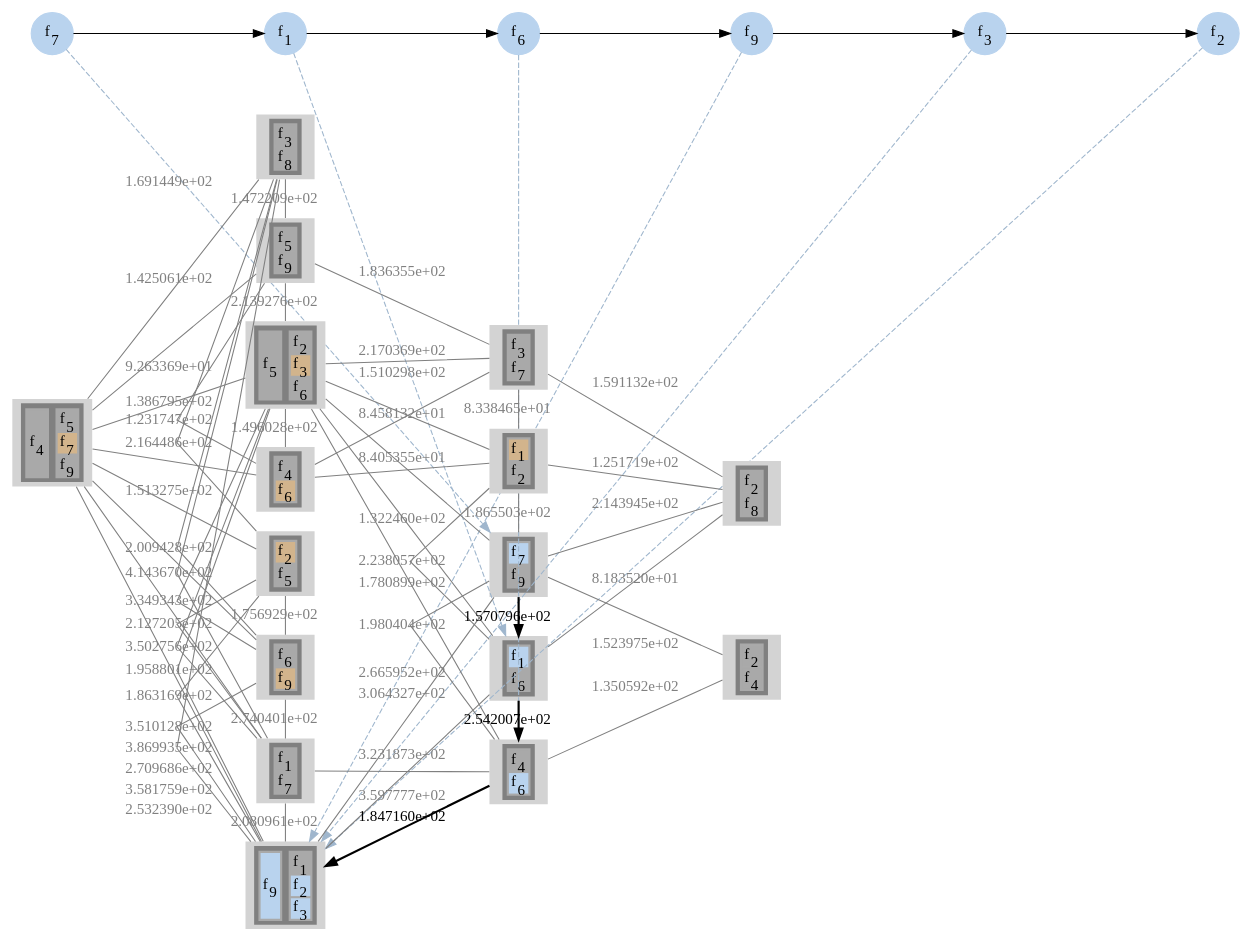
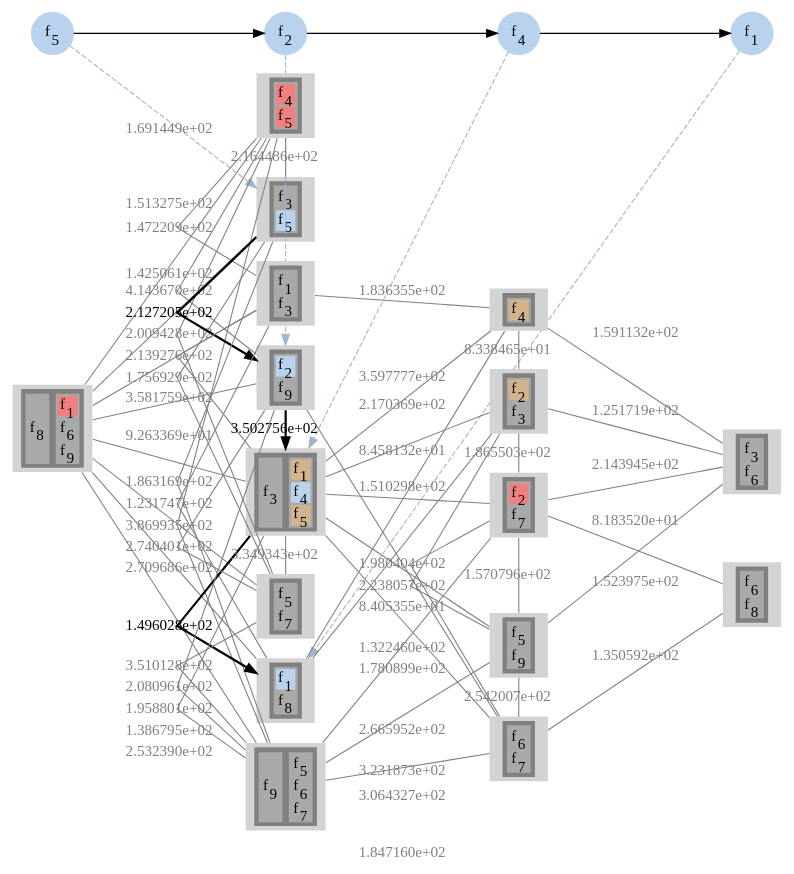
The diagram in output/newyork_16_49/gv/sfcAssgn6.gv (prateekshyap/SFC_Placement_in_VNF), drawn with Graphviz before and after one commit. The commit also changed 15 other files, not shown here.

```diff
--- a/output/newyork_16_49/gv/sfcAssgn6.gv
+++ b/output/newyork_16_49/gv/sfcAssgn6.gv
@@ -5,23 +5,17 @@
 subgraph sfc
 {
 node [shape=circle]
-{rank = same; f7; };
+{rank = same; f5; };
+{rank = same; f2; };
+{rank = same; f4; };
 {rank = same; f1; };
-{rank = same; f6; };
-{rank = same; f9; };
-{rank = same; f3; };
-{rank = same; f2; };
-f7[style=filled label=<f<SUB>7</SUB>> color="slategray2"]
+f5[style=filled label=<f<SUB>5</SUB>> color="slategray2"]
+f2[style=filled label=<f<SUB>2</SUB>> color="slategray2"]
+f4[style=filled label=<f<SUB>4</SUB>> color="slategray2"]
 f1[style=filled label=<f<SUB>1</SUB>> color="slategray2"]
-f6[style=filled label=<f<SUB>6</SUB>> color="slategray2"]
-f9[style=filled label=<f<SUB>9</SUB>> color="slategray2"]
-f3[style=filled label=<f<SUB>3</SUB>> color="slategray2"]
-f2[style=filled label=<f<SUB>2</SUB>> color="slategray2"]
-f7 -> f1
-f1 -> f6
-f6 -> f9
-f9 -> f3
-f3 -> f2
+f5 -> f2
+f2 -> f4
+f4 -> f1
 }
 subgraph network
 {
@@ -30,66 +24,149 @@
 {rank = same; 2; 5; 6; 7; 8; 12; 13; 15; };
 {rank = same; 3; 4; 9; 10; 14; };
 {rank = same; 11; 16; };
-9[style=filled
+5[style=filled
 label=<
 <TABLE BORDER="0" BGCOLOR="gray">
 <TR>
 <TD>
 <TABLE BORDER="0" BGCOLOR="darkgray">
-<TR><TD PORT="f31" BGCOLOR="slategray2">f<SUB>7</SUB></TD></TR>
+<TR><TD PORT="f11" BGCOLOR="darkgray">f<SUB>3</SUB></TD></TR>
+<TR><TD PORT="f20" BGCOLOR="slategray2">f<SUB>5</SUB></TD></TR>
+</TABLE>
+</TD>
+</TR>
+</TABLE>>]
+
+13[style=filled
+label=<
+<TABLE BORDER="0" BGCOLOR="gray">
+<TR>
+<TD>
+<TABLE BORDER="0" BGCOLOR="darkgray">
+<TR><TD PORT="f7" BGCOLOR="slategray2">f<SUB>2</SUB></TD></TR>
+<TR><TD PORT="f37" BGCOLOR="darkgray">f<SUB>9</SUB></TD></TR>
+</TABLE>
+</TD>
+</TR>
+</TABLE>>]
+
+13[style=filled
+label=<
+<TABLE BORDER="0" BGCOLOR="gray">
+<TR>
+<TD>
+<TABLE BORDER="0" BGCOLOR="darkgray">
+<TR><TD PORT="f7" BGCOLOR="slategray2">f<SUB>2</SUB></TD></TR>
+<TR><TD PORT="f37" BGCOLOR="darkgray">f<SUB>9</SUB></TD></TR>
+</TABLE>
+</TD>
+</TR>
+</TABLE>>]
+
+7[style=filled
+label=<
+<TABLE BORDER="0" BGCOLOR="gray">
+<TR>
+<TD>
+<TABLE BORDER="0" BGCOLOR="darkgray">
+<TR><TD PORT="f8" BGCOLOR="darkgray">f<SUB>3</SUB></TD></TR>
+</TABLE>
+</TD>
+<TD>
+<TABLE BORDER="0" BGCOLOR="darkgray">
+<TR><TD PORT="f1" BGCOLOR="tan">f<SUB>1</SUB></TD></TR>
+<TR><TD PORT="f13" BGCOLOR="slategray2">f<SUB>4</SUB></TD></TR>
+<TR><TD PORT="f17" BGCOLOR="tan">f<SUB>5</SUB></TD></TR>
+</TABLE>
+</TD>
+</TR>
+</TABLE>>]
+
+7[style=filled
+label=<
+<TABLE BORDER="0" BGCOLOR="gray">
+<TR>
+<TD>
+<TABLE BORDER="0" BGCOLOR="darkgray">
+<TR><TD PORT="f8" BGCOLOR="darkgray">f<SUB>3</SUB></TD></TR>
+</TABLE>
+</TD>
+<TD>
+<TABLE BORDER="0" BGCOLOR="darkgray">
+<TR><TD PORT="f1" BGCOLOR="tan">f<SUB>1</SUB></TD></TR>
+<TR><TD PORT="f13" BGCOLOR="slategray2">f<SUB>4</SUB></TD></TR>
+<TR><TD PORT="f17" BGCOLOR="tan">f<SUB>5</SUB></TD></TR>
+</TABLE>
+</TD>
+</TR>
+</TABLE>>]
+
+8[style=filled
+label=<
+<TABLE BORDER="0" BGCOLOR="gray">
+<TR>
+<TD>
+<TABLE BORDER="0" BGCOLOR="darkgray">
+<TR><TD PORT="f3" BGCOLOR="slategray2">f<SUB>1</SUB></TD></TR>
+<TR><TD PORT="f34" BGCOLOR="darkgray">f<SUB>8</SUB></TD></TR>
+</TABLE>
+</TD>
+</TR>
+</TABLE>>]
+
+1[style=filled
+label=<
+<TABLE BORDER="0" BGCOLOR="gray">
+<TR>
+<TD>
+<TABLE BORDER="0" BGCOLOR="darkgray">
+<TR><TD PORT="f32" BGCOLOR="darkgray">f<SUB>8</SUB></TD></TR>
+</TABLE>
+</TD>
+<TD>
+<TABLE BORDER="0" BGCOLOR="darkgray">
+<TR><TD PORT="f2" BGCOLOR="lightcoral">f<SUB>1</SUB></TD></TR>
+<TR><TD PORT="f26" BGCOLOR="darkgray">f<SUB>6</SUB></TD></TR>
 <TR><TD PORT="f36" BGCOLOR="darkgray">f<SUB>9</SUB></TD></TR>
 </TABLE>
 </TD>
 </TR>
 </TABLE>>]
 
-10[style=filled
+2[style=filled
 label=<
 <TABLE BORDER="0" BGCOLOR="gray">
 <TR>
 <TD>
 <TABLE BORDER="0" BGCOLOR="darkgray">
-<TR><TD PORT="f2" BGCOLOR="slategray2">f<SUB>1</SUB></TD></TR>
-<TR><TD PORT="f25" BGCOLOR="darkgray">f<SUB>6</SUB></TD></TR>
+<TR><TD PORT="f14" BGCOLOR="lightcoral">f<SUB>4</SUB></TD></TR>
+<TR><TD PORT="f19" BGCOLOR="lightcoral">f<SUB>5</SUB></TD></TR>
 </TABLE>
 </TD>
 </TR>
 </TABLE>>]
 
-10[style=filled
+6[style=filled
 label=<
 <TABLE BORDER="0" BGCOLOR="gray">
 <TR>
 <TD>
 <TABLE BORDER="0" BGCOLOR="darkgray">
-<TR><TD PORT="f2" BGCOLOR="slategray2">f<SUB>1</SUB></TD></TR>
-<TR><TD PORT="f25" BGCOLOR="darkgray">f<SUB>6</SUB></TD></TR>
+<TR><TD PORT="f4" BGCOLOR="darkgray">f<SUB>1</SUB></TD></TR>
+<TR><TD PORT="f12" BGCOLOR="darkgray">f<SUB>3</SUB></TD></TR>
 </TABLE>
 </TD>
 </TR>
 </TABLE>>]
 
-14[style=filled
+12[style=filled
 label=<
 <TABLE BORDER="0" BGCOLOR="gray">
 <TR>
 <TD>
 <TABLE BORDER="0" BGCOLOR="darkgray">
-<TR><TD PORT="f16" BGCOLOR="darkgray">f<SUB>4</SUB></TD></TR>
-<TR><TD PORT="f26" BGCOLOR="slategray2">f<SUB>6</SUB></TD></TR>
-</TABLE>
-</TD>
-</TR>
-</TABLE>>]
-
-14[style=filled
-label=<
-<TABLE BORDER="0" BGCOLOR="gray">
-<TR>
-<TD>
-<TABLE BORDER="0" BGCOLOR="darkgray">
-<TR><TD PORT="f16" BGCOLOR="darkgray">f<SUB>4</SUB></TD></TR>
-<TR><TD PORT="f26" BGCOLOR="slategray2">f<SUB>6</SUB></TD></TR>
+<TR><TD PORT="f22" BGCOLOR="darkgray">f<SUB>5</SUB></TD></TR>
+<TR><TD PORT="f31" BGCOLOR="darkgray">f<SUB>7</SUB></TD></TR>
 </TABLE>
 </TD>
 </TR>
@@ -101,167 +178,13 @@
 <TR>
 <TD>
 <TABLE BORDER="0" BGCOLOR="darkgray">
-<TR><TD PORT="f34" BGCOLOR="slategray2">f<SUB>9</SUB></TD></TR>
+<TR><TD PORT="f35" BGCOLOR="darkgray">f<SUB>9</SUB></TD></TR>
 </TABLE>
 </TD>
 <TD>
 <TABLE BORDER="0" BGCOLOR="darkgray">
-<TR><TD PORT="f4" BGCOLOR="darkgray">f<SUB>1</SUB></TD></TR>
-<TR><TD PORT="f7" BGCOLOR="slategray2">f<SUB>2</SUB></TD></TR>
-<TR><TD PORT="f14" BGCOLOR="slategray2">f<SUB>3</SUB></TD></TR>
-</TABLE>
-</TD>
-</TR>
-</TABLE>>]
-
-15[style=filled
-label=<
-<TABLE BORDER="0" BGCOLOR="gray">
-<TR>
-<TD>
-<TABLE BORDER="0" BGCOLOR="darkgray">
-<TR><TD PORT="f34" BGCOLOR="slategray2">f<SUB>9</SUB></TD></TR>
-</TABLE>
-</TD>
-<TD>
-<TABLE BORDER="0" BGCOLOR="darkgray">
-<TR><TD PORT="f4" BGCOLOR="darkgray">f<SUB>1</SUB></TD></TR>
-<TR><TD PORT="f7" BGCOLOR="slategray2">f<SUB>2</SUB></TD></TR>
-<TR><TD PORT="f14" BGCOLOR="slategray2">f<SUB>3</SUB></TD></TR>
-</TABLE>
-</TD>
-</TR>
-</TABLE>>]
-
-15[style=filled
-label=<
-<TABLE BORDER="0" BGCOLOR="gray">
-<TR>
-<TD>
-<TABLE BORDER="0" BGCOLOR="darkgray">
-<TR><TD PORT="f34" BGCOLOR="slategray2">f<SUB>9</SUB></TD></TR>
-</TABLE>
-</TD>
-<TD>
-<TABLE BORDER="0" BGCOLOR="darkgray">
-<TR><TD PORT="f4" BGCOLOR="darkgray">f<SUB>1</SUB></TD></TR>
-<TR><TD PORT="f7" BGCOLOR="slategray2">f<SUB>2</SUB></TD></TR>
-<TR><TD PORT="f14" BGCOLOR="slategray2">f<SUB>3</SUB></TD></TR>
-</TABLE>
-</TD>
-</TR>
-</TABLE>>]
-
-1[style=filled
-label=<
-<TABLE BORDER="0" BGCOLOR="gray">
-<TR>
-<TD>
-<TABLE BORDER="0" BGCOLOR="darkgray">
-<TR><TD PORT="f17" BGCOLOR="darkgray">f<SUB>4</SUB></TD></TR>
-</TABLE>
-</TD>
-<TD>
-<TABLE BORDER="0" BGCOLOR="darkgray">
-<TR><TD PORT="f22" BGCOLOR="darkgray">f<SUB>5</SUB></TD></TR>
-<TR><TD PORT="f30" BGCOLOR="tan">f<SUB>7</SUB></TD></TR>
-<TR><TD PORT="f35" BGCOLOR="darkgray">f<SUB>9</SUB></TD></TR>
-</TABLE>
-</TD>
-</TR>
-</TABLE>>]
-
-2[style=filled
-label=<
-<TABLE BORDER="0" BGCOLOR="gray">
-<TR>
-<TD>
-<TABLE BORDER="0" BGCOLOR="darkgray">
-<TR><TD PORT="f13" BGCOLOR="darkgray">f<SUB>3</SUB></TD></TR>
-<TR><TD PORT="f32" BGCOLOR="darkgray">f<SUB>8</SUB></TD></TR>
-</TABLE>
-</TD>
-</TR>
-</TABLE>>]
-
-5[style=filled
-label=<
-<TABLE BORDER="0" BGCOLOR="gray">
-<TR>
-<TD>
-<TABLE BORDER="0" BGCOLOR="darkgray">
-<TR><TD PORT="f8" BGCOLOR="tan">f<SUB>2</SUB></TD></TR>
-<TR><TD PORT="f21" BGCOLOR="darkgray">f<SUB>5</SUB></TD></TR>
-</TABLE>
-</TD>
-</TR>
-</TABLE>>]
-
-6[style=filled
-label=<
-<TABLE BORDER="0" BGCOLOR="gray">
-<TR>
-<TD>
-<TABLE BORDER="0" BGCOLOR="darkgray">
-<TR><TD PORT="f20" BGCOLOR="darkgray">f<SUB>5</SUB></TD></TR>
-<TR><TD PORT="f38" BGCOLOR="darkgray">f<SUB>9</SUB></TD></TR>
-</TABLE>
-</TD>
-</TR>
-</TABLE>>]
-
-7[style=filled
-label=<
-<TABLE BORDER="0" BGCOLOR="gray">
-<TR>
-<TD>
-<TABLE BORDER="0" BGCOLOR="darkgray">
-<TR><TD PORT="f19" BGCOLOR="darkgray">f<SUB>5</SUB></TD></TR>
-</TABLE>
-</TD>
-<TD>
-<TABLE BORDER="0" BGCOLOR="darkgray">
-<TR><TD PORT="f9" BGCOLOR="darkgray">f<SUB>2</SUB></TD></TR>
-<TR><TD PORT="f12" BGCOLOR="tan">f<SUB>3</SUB></TD></TR>
-<TR><TD PORT="f24" BGCOLOR="darkgray">f<SUB>6</SUB></TD></TR>
-</TABLE>
-</TD>
-</TR>
-</TABLE>>]
-
-8[style=filled
-label=<
-<TABLE BORDER="0" BGCOLOR="gray">
-<TR>
-<TD>
-<TABLE BORDER="0" BGCOLOR="darkgray">
-<TR><TD PORT="f15" BGCOLOR="darkgray">f<SUB>4</SUB></TD></TR>
-<TR><TD PORT="f23" BGCOLOR="tan">f<SUB>6</SUB></TD></TR>
-</TABLE>
-</TD>
-</TR>
-</TABLE>>]
-
-12[style=filled
-label=<
-<TABLE BORDER="0" BGCOLOR="gray">
-<TR>
-<TD>
-<TABLE BORDER="0" BGCOLOR="darkgray">
-<TR><TD PORT="f27" BGCOLOR="darkgray">f<SUB>6</SUB></TD></TR>
-<TR><TD PORT="f37" BGCOLOR="tan">f<SUB>9</SUB></TD></TR>
-</TABLE>
-</TD>
-</TR>
-</TABLE>>]
-
-13[style=filled
-label=<
-<TABLE BORDER="0" BGCOLOR="gray">
-<TR>
-<TD>
-<TABLE BORDER="0" BGCOLOR="darkgray">
-<TR><TD PORT="f3" BGCOLOR="darkgray">f<SUB>1</SUB></TD></TR>
+<TR><TD PORT="f18" BGCOLOR="darkgray">f<SUB>5</SUB></TD></TR>
+<TR><TD PORT="f23" BGCOLOR="darkgray">f<SUB>6</SUB></TD></TR>
 <TR><TD PORT="f29" BGCOLOR="darkgray">f<SUB>7</SUB></TD></TR>
 </TABLE>
 </TD>
@@ -274,8 +197,7 @@
 <TR>
 <TD>
 <TABLE BORDER="0" BGCOLOR="darkgray">
-<TR><TD PORT="f11" BGCOLOR="darkgray">f<SUB>3</SUB></TD></TR>
-<TR><TD PORT="f28" BGCOLOR="darkgray">f<SUB>7</SUB></TD></TR>
+<TR><TD PORT="f15" BGCOLOR="tan">f<SUB>4</SUB></TD></TR>
 </TABLE>
 </TD>
 </TR>
@@ -287,8 +209,8 @@
 <TR>
 <TD>
 <TABLE BORDER="0" BGCOLOR="darkgray">
-<TR><TD PORT="f1" BGCOLOR="tan">f<SUB>1</SUB></TD></TR>
-<TR><TD PORT="f5" BGCOLOR="darkgray">f<SUB>2</SUB></TD></TR>
+<TR><TD PORT="f6" BGCOLOR="tan">f<SUB>2</SUB></TD></TR>
+<TR><TD PORT="f10" BGCOLOR="darkgray">f<SUB>3</SUB></TD></TR>
 </TABLE>
 </TD>
 </TR>
@@ -300,8 +222,47 @@
 <TR>
 <TD>
 <TABLE BORDER="0" BGCOLOR="darkgray">
-<TR><TD PORT="f10" BGCOLOR="darkgray">f<SUB>2</SUB></TD></TR>
-<TR><TD PORT="f33" BGCOLOR="darkgray">f<SUB>8</SUB></TD></TR>
+<TR><TD PORT="f9" BGCOLOR="darkgray">f<SUB>3</SUB></TD></TR>
+<TR><TD PORT="f24" BGCOLOR="darkgray">f<SUB>6</SUB></TD></TR>
+</TABLE>
+</TD>
+</TR>
+</TABLE>>]
+
+9[style=filled
+label=<
+<TABLE BORDER="0" BGCOLOR="gray">
+<TR>
+<TD>
+<TABLE BORDER="0" BGCOLOR="darkgray">
+<TR><TD PORT="f5" BGCOLOR="lightcoral">f<SUB>2</SUB></TD></TR>
+<TR><TD PORT="f28" BGCOLOR="darkgray">f<SUB>7</SUB></TD></TR>
+</TABLE>
+</TD>
+</TR>
+</TABLE>>]
+
+10[style=filled
+label=<
+<TABLE BORDER="0" BGCOLOR="gray">
+<TR>
+<TD>
+<TABLE BORDER="0" BGCOLOR="darkgray">
+<TR><TD PORT="f21" BGCOLOR="darkgray">f<SUB>5</SUB></TD></TR>
+<TR><TD PORT="f38" BGCOLOR="darkgray">f<SUB>9</SUB></TD></TR>
+</TABLE>
+</TD>
+</TR>
+</TABLE>>]
+
+14[style=filled
+label=<
+<TABLE BORDER="0" BGCOLOR="gray">
+<TR>
+<TD>
+<TABLE BORDER="0" BGCOLOR="darkgray">
+<TR><TD PORT="f27" BGCOLOR="darkgray">f<SUB>6</SUB></TD></TR>
+<TR><TD PORT="f30" BGCOLOR="darkgray">f<SUB>7</SUB></TD></TR>
 </TABLE>
 </TD>
 </TR>
@@ -313,16 +274,16 @@
 <TR>
 <TD>
 <TABLE BORDER="0" BGCOLOR="darkgray">
-<TR><TD PORT="f6" BGCOLOR="darkgray">f<SUB>2</SUB></TD></TR>
-<TR><TD PORT="f18" BGCOLOR="darkgray">f<SUB>4</SUB></TD></TR>
+<TR><TD PORT="f25" BGCOLOR="darkgray">f<SUB>6</SUB></TD></TR>
+<TR><TD PORT="f33" BGCOLOR="darkgray">f<SUB>8</SUB></TD></TR>
 </TABLE>
 </TD>
 </TR>
 </TABLE>>]
 
-9 -> 10[label="1.570796e+02" color="black" penwidth=2]
-10 -> 14[label="2.542007e+02" color="black" penwidth=2]
-14 -> 15[label="1.847160e+02" color="black" penwidth=2]
+5 -> 13[label="2.127205e+02" color="black" penwidth=2]
+13 -> 7[label="3.502756e+02" color="black" penwidth=2]
+7 -> 8[label="1.496028e+02" color="black" penwidth=2]
 1 -> 2[label="1.691449e+02" color="gray" fontcolor="gray" dir = none]
 1 -> 5[label="1.513275e+02" color="gray" fontcolor="gray" dir = none]
 1 -> 6[label="1.425061e+02" color="gray" fontcolor="gray" dir = none]
@@ -347,34 +308,32 @@
 4 -> 10[label="2.238057e+02" color="gray" fontcolor="gray" dir = none]
 4 -> 11[label="1.251719e+02" color="gray" fontcolor="gray" dir = none]
 5 -> 12[label="1.756929e+02" color="gray" fontcolor="gray" dir = none]
-5 -> 13[label="2.127205e+02" color="gray" fontcolor="gray" dir = none]
 5 -> 15[label="1.863169e+02" color="gray" fontcolor="gray" dir = none]
 6 -> 7[label="2.139276e+02" color="gray" fontcolor="gray" dir = none]
 6 -> 8[label="1.231747e+02" color="gray" fontcolor="gray" dir = none]
-7 -> 8[label="1.496028e+02" color="gray" fontcolor="gray" dir = none]
 7 -> 9[label="1.322460e+02" color="gray" fontcolor="gray" dir = none]
 7 -> 10[label="2.665952e+02" color="gray" fontcolor="gray" dir = none]
 7 -> 12[label="3.349343e+02" color="gray" fontcolor="gray" dir = none]
-7 -> 13[label="3.502756e+02" color="gray" fontcolor="gray" dir = none]
 7 -> 14[label="3.064327e+02" color="gray" fontcolor="gray" dir = none]
 7 -> 15[label="1.958801e+02" color="gray" fontcolor="gray" dir = none]
+9 -> 10[label="1.570796e+02" color="gray" fontcolor="gray" dir = none]
 9 -> 11[label="2.143945e+02" color="gray" fontcolor="gray" dir = none]
 9 -> 14[label="1.980404e+02" color="gray" fontcolor="gray" dir = none]
 9 -> 15[label="1.780899e+02" color="gray" fontcolor="gray" dir = none]
 9 -> 16[label="8.183520e+01" color="gray" fontcolor="gray" dir = none]
 10 -> 11[label="1.523975e+02" color="gray" fontcolor="gray" dir = none]
+10 -> 14[label="2.542007e+02" color="gray" fontcolor="gray" dir = none]
 10 -> 15[label="3.231873e+02" color="gray" fontcolor="gray" dir = none]
 12 -> 13[label="2.740401e+02" color="gray" fontcolor="gray" dir = none]
 12 -> 15[label="3.510128e+02" color="gray" fontcolor="gray" dir = none]
 13 -> 14[label="3.597777e+02" color="gray" fontcolor="gray" dir = none]
 13 -> 15[label="2.080961e+02" color="gray" fontcolor="gray" dir = none]
+14 -> 15[label="1.847160e+02" color="gray" fontcolor="gray" dir = none]
 14 -> 16[label="1.350592e+02" color="gray" fontcolor="gray" dir = none]
 }
 splines=false
-f7 -> 9[color="slategray3" style=dashed constraint=false]
-f1 -> 10[color="slategray3" style=dashed constraint=false]
-f6 -> 14[color="slategray3" style=dashed constraint=false]
-f9 -> 15[color="slategray3" style=dashed constraint=false]
-f3 -> 15[color="slategray3" style=dashed constraint=false]
-f2 -> 15[color="slategray3" style=dashed constraint=false]
+f5 -> 5[color="slategray3" style=dashed constraint=false]
+f2 -> 13[color="slategray3" style=dashed constraint=false]
+f4 -> 7[color="slategray3" style=dashed constraint=false]
+f1 -> 8[color="slategray3" style=dashed constraint=false]
 }
```
